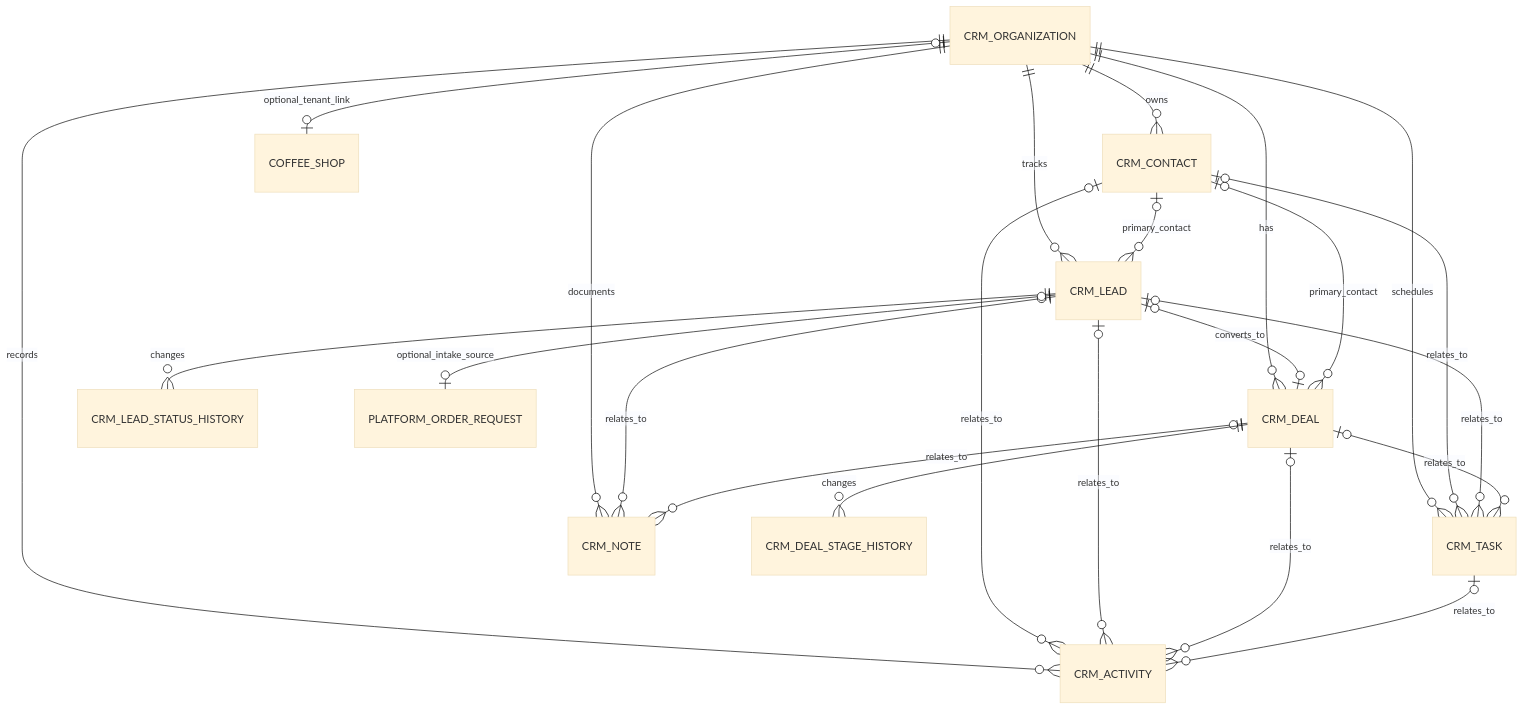
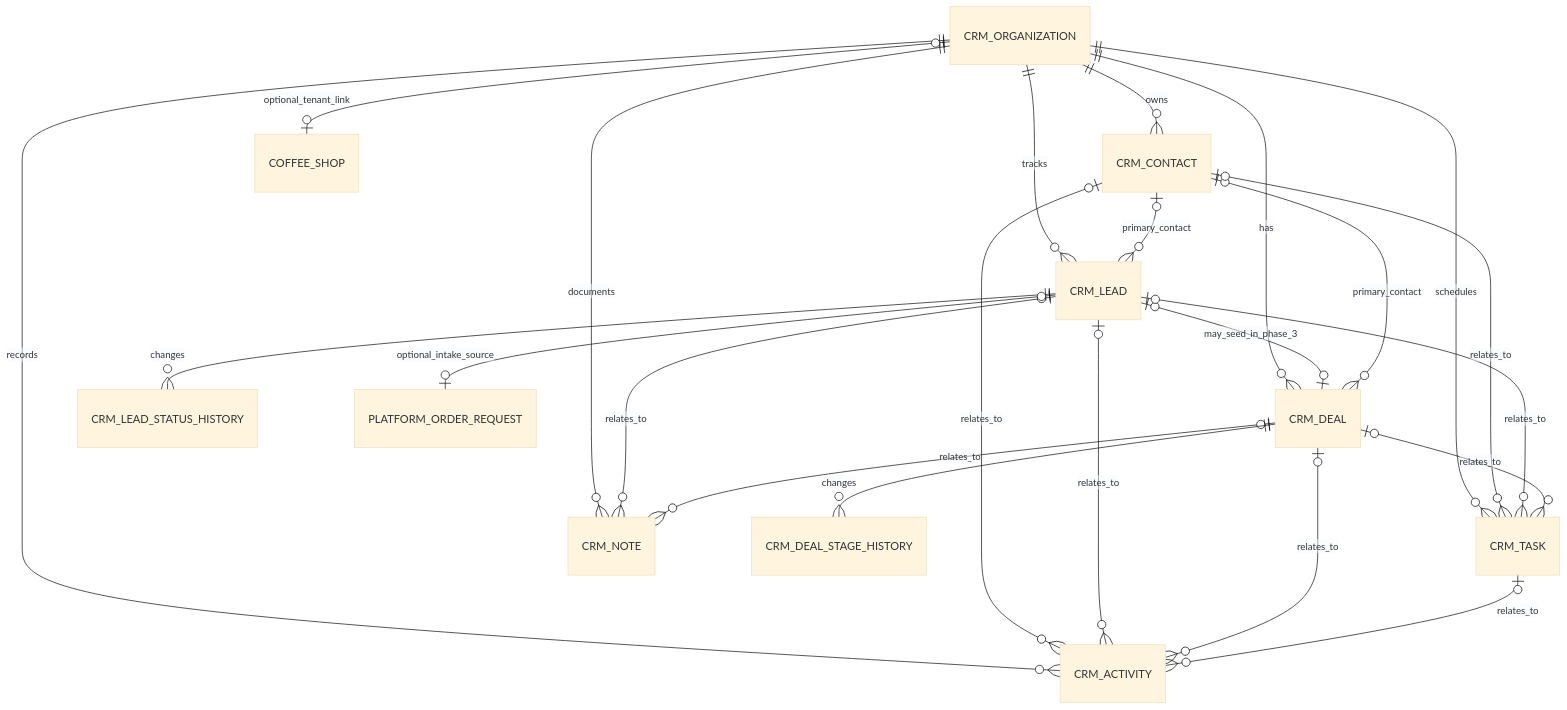
Before and after one commit to itsRasul/ucafe: the diagram in docs/crm/DATA_MODEL.md, drawn with Mermaid (base theme). The commit also changed other lines of this file and 44 other files, not shown here.

Commit message:
CRM implemented phase 2

```diff
--- a/docs/crm/DATA_MODEL.md
+++ b/docs/crm/DATA_MODEL.md
@@ -5,25 +5,25 @@
 ~~~mermaid
 erDiagram
     CRM_ORGANIZATION ||--o{ CRM_CONTACT : owns
     CRM_ORGANIZATION ||--o{ CRM_LEAD : tracks
     CRM_CONTACT o|--o{ CRM_LEAD : primary_contact
     CRM_ORGANIZATION ||--o{ CRM_DEAL : has
-    CRM_LEAD o|--o| CRM_DEAL : converts_to
+    CRM_LEAD o|--o| CRM_DEAL : may_seed_in_phase_3
     CRM_CONTACT o|--o{ CRM_DEAL : primary_contact
     CRM_ORGANIZATION ||--o{ CRM_ACTIVITY : records
     CRM_CONTACT o|--o{ CRM_ACTIVITY : relates_to
     CRM_LEAD o|--o{ CRM_ACTIVITY : relates_to
     CRM_DEAL o|--o{ CRM_ACTIVITY : relates_to
     CRM_ORGANIZATION ||--o{ CRM_TASK : schedules
     CRM_CONTACT o|--o{ CRM_TASK : relates_to
     CRM_LEAD o|--o{ CRM_TASK : relates_to
     CRM_DEAL o|--o{ CRM_TASK : relates_to
     CRM_TASK o|--o{ CRM_ACTIVITY : relates_to
     CRM_ORGANIZATION ||--o{ CRM_NOTE : documents
     CRM_LEAD o|--o{ CRM_NOTE : relates_to
     CRM_DEAL o|--o{ CRM_NOTE : relates_to
     CRM_LEAD ||--o{ CRM_LEAD_STATUS_HISTORY : changes
     CRM_DEAL ||--o{ CRM_DEAL_STAGE_HISTORY : changes
     CRM_ORGANIZATION o|--o| COFFEE_SHOP : optional_tenant_link
     CRM_LEAD o|--o| PLATFORM_ORDER_REQUEST : optional_intake_source
 ~~~
```
